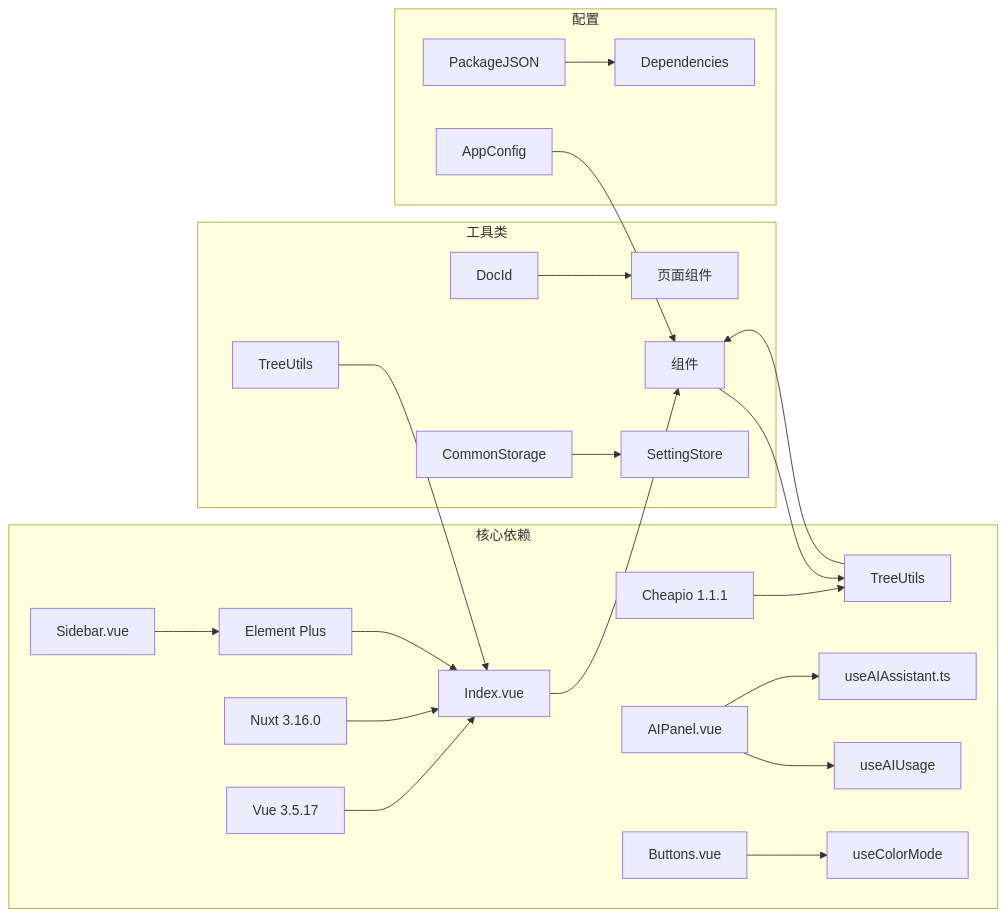
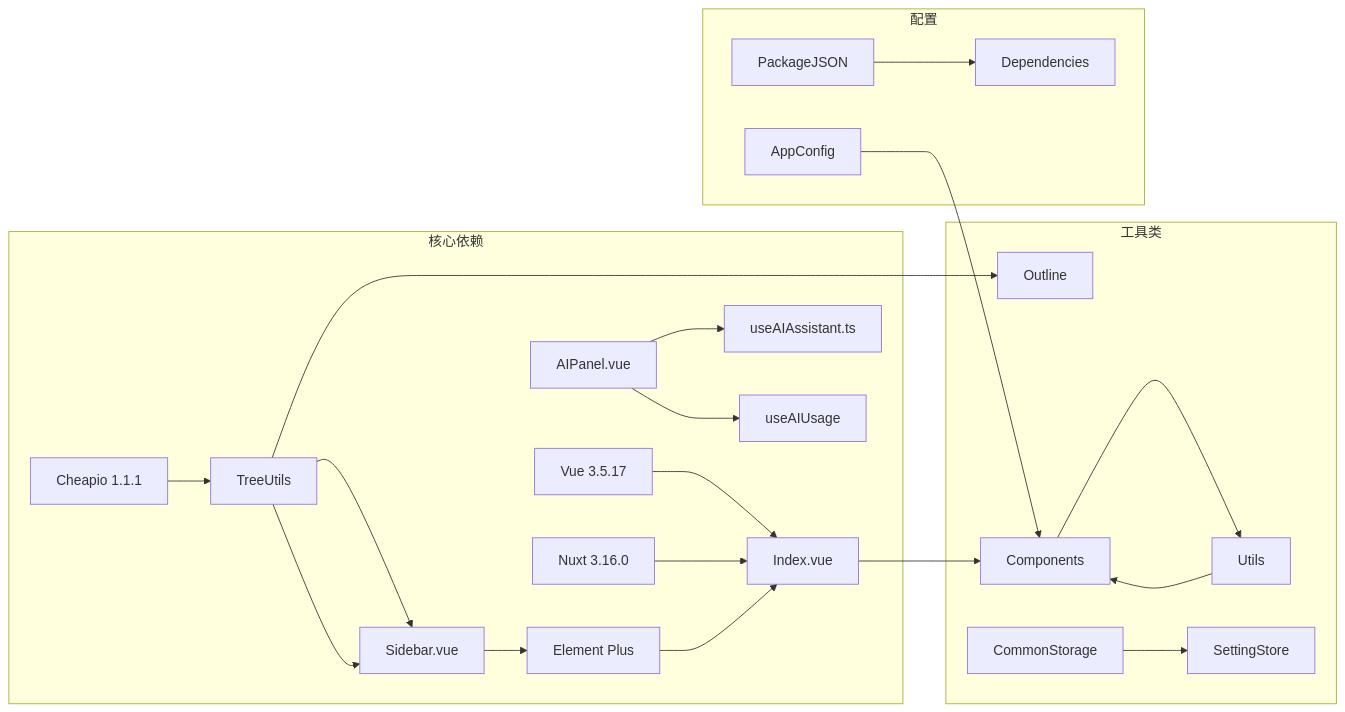
One commit to terwer/siyuan-plugin-blog changed the eighth of 8 diagrams in .qoder/repowiki/zh/content/Outline System.md. Above: the diagram before and after it, drawn with Mermaid. The commit also changed other lines of this file and 5 other files, not shown here.

Commit message:
docs(zh): modular sidebar with vertical buttons for outline system

````diff
--- a/.qoder/repowiki/zh/content/Outline System.md
+++ b/.qoder/repowiki/zh/content/Outline System.md
@@ -671,25 +606,25 @@
 ```mermaid
 graph LR
 subgraph "核心依赖"
-Vue[Vue 3.5.17] --> Outline[Index.vue]
-Nuxt[Nuxt 3.16.0] --> Outline
-ElementPlus[Element Plus] --> Outline
-Cheerio[Cheapio 1.1.1] --> Utils[TreeUtils]
+Vue[Vue 3.5.17] --> Index[Index.vue]
+Nuxt[Nuxt 3.16.0] --> Index
+ElementPlus[Element Plus] --> Index
+Cheerio[Cheapio 1.1.1] --> TreeUtils[TreeUtils]
 AIPanel[AIPanel.vue] --> AIAssistant[useAIAssistant.ts]
 AIPanel --> AIUsage[useAIUsage]
-Buttons[Buttons.vue] --> ColorMode[useColorMode]
 Sidebar[Sidebar.vue] --> ElementPlus
+TreeUtils --> Sidebar
 end
 subgraph "工具类"
+TreeUtils --> Sidebar
 TreeUtils --> Outline
-DocId --> Pages[页面组件]
-Utils --> Components[组件]
+Utils --> Components
 CommonStorage --> SettingStore
 end
 subgraph "配置"
 AppConfig --> Components
 PackageJSON --> Dependencies
 end
-Outline --> Components
+Index --> Components
 Components --> Utils
 ```
````
